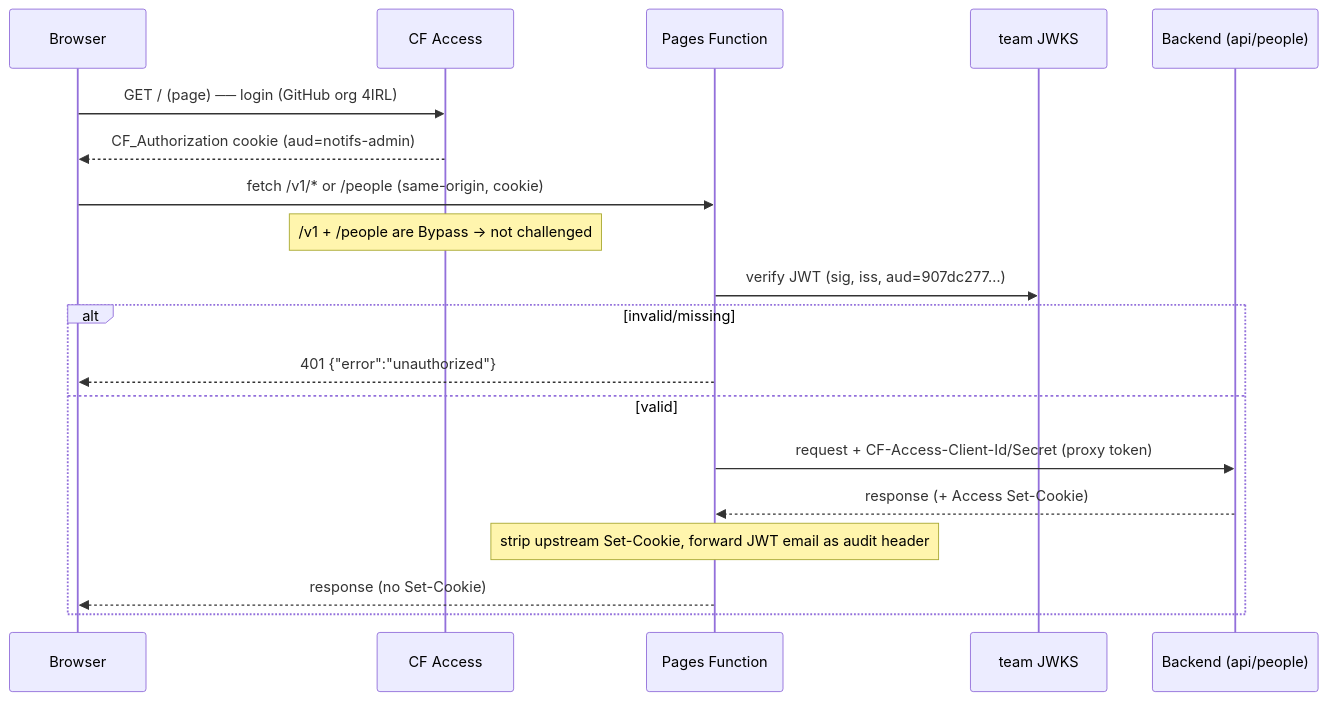
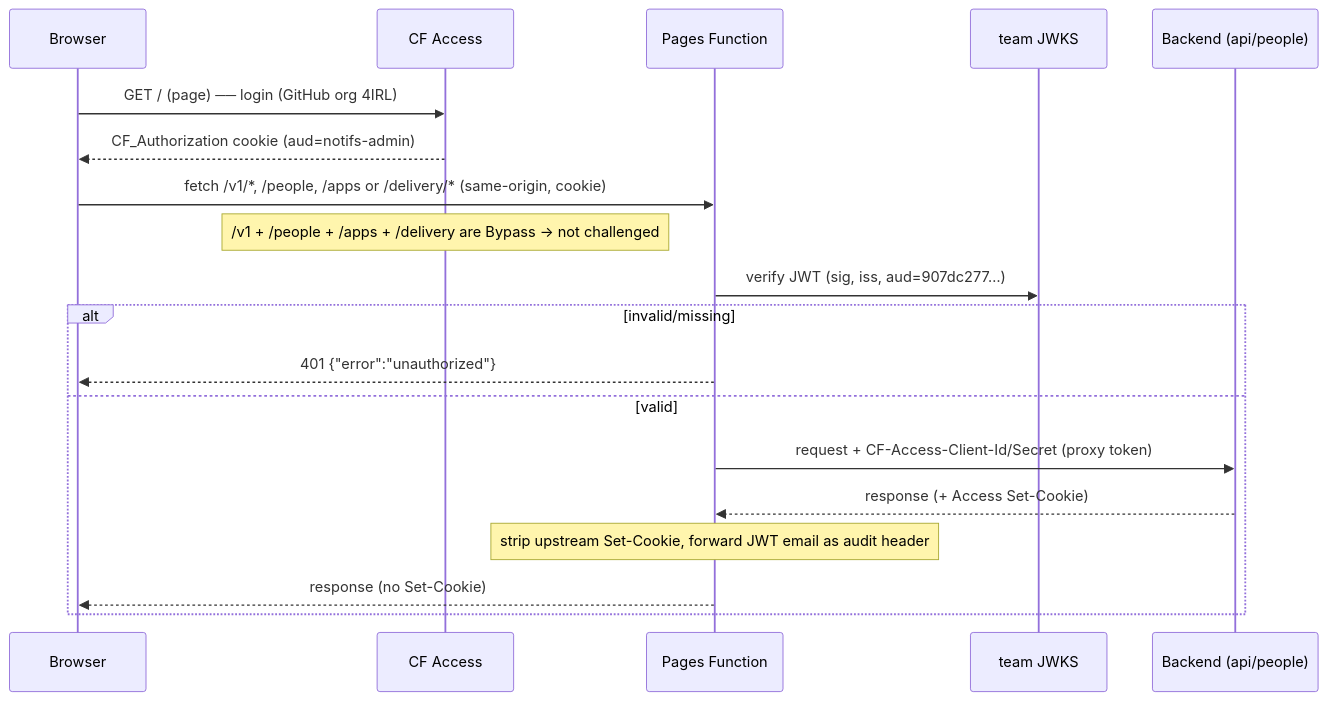
The second of 4 diagrams in ARCHITECTURE.md (4IRL/4irl-notifs), drawn with Mermaid before and after one commit. The commit also changed other lines of this file and 15 other files, not shown here.

````diff
--- a/ARCHITECTURE.md
+++ b/ARCHITECTURE.md
@@ -135,21 +160,21 @@
 ```mermaid
 sequenceDiagram
   participant B as Browser
   participant A as CF Access
   participant F as Pages Function
   participant K as team JWKS
   participant S as Backend (api/people)
   B->>A: GET / (page)  ── login (GitHub org 4IRL)
   A-->>B: CF_Authorization cookie (aud=notifs-admin)
-  B->>F: fetch /v1/* or /people (same-origin, cookie)
-  Note over A: /v1 + /people are Bypass → not challenged
+  B->>F: fetch /v1/*, /people, /apps or /delivery/* (same-origin, cookie)
+  Note over A: /v1 + /people + /apps + /delivery are Bypass → not challenged
   F->>K: verify JWT (sig, iss, aud=907dc277…)
   alt invalid/missing
     F-->>B: 401 {"error":"unauthorized"}
   else valid
     F->>S: request + CF-Access-Client-Id/Secret (proxy token)
     S-->>F: response (+ Access Set-Cookie)
     Note over F: strip upstream Set-Cookie, forward JWT email as audit header
     F-->>B: response (no Set-Cookie)
   end
 ```
````
